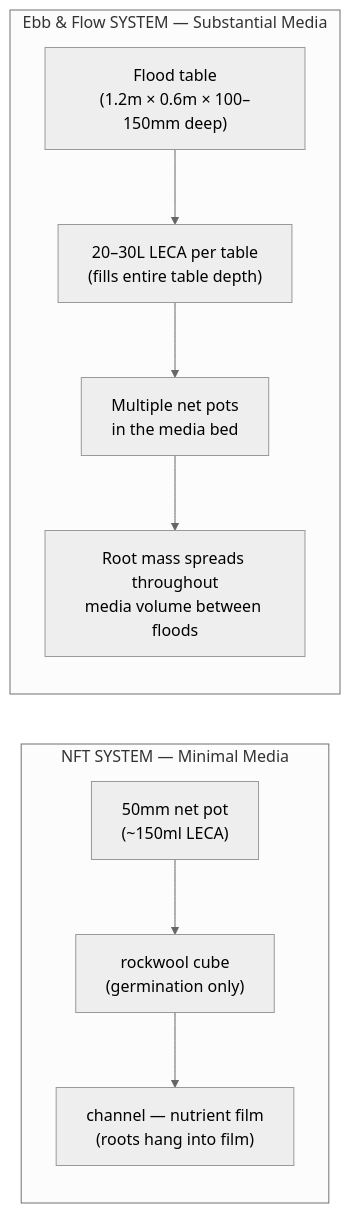
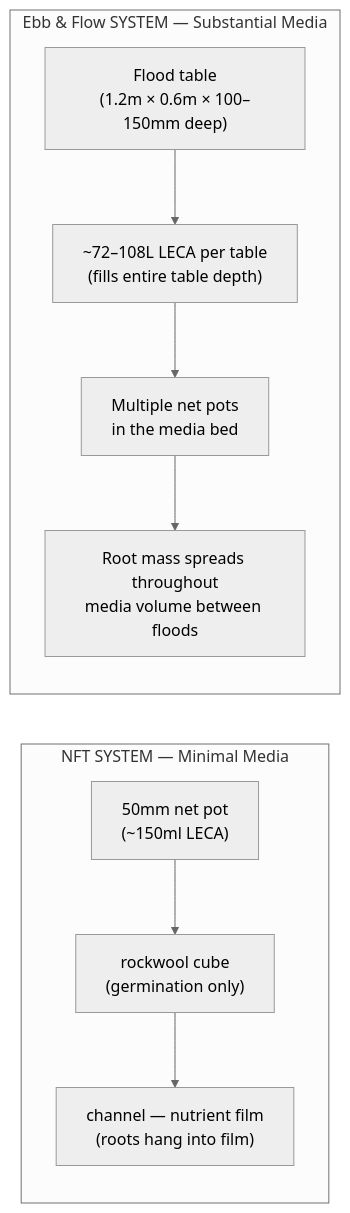
Before and after one commit to UncleJS/guide_hydroponics: the first of 2 diagrams in guide/ebb-and-flow/05-growing-media.md, drawn with Mermaid (neutral theme). The commit also changed other lines of this file and 22 other files, not shown here.

````diff
--- a/guide/ebb-and-flow/05-growing-media.md
+++ b/guide/ebb-and-flow/05-growing-media.md
@@ -58,17 +58,17 @@
 ```mermaid
 flowchart LR
     subgraph NFT["NFT SYSTEM — Minimal Media"]
         NP["50mm net pot<br/>(~150ml LECA)"]
         RW["rockwool cube<br/>(germination only)"]
         CH["channel — nutrient film<br/>(roots hang into film)"]
         NP --> RW --> CH
     end
 
     subgraph EF["Ebb &amp; Flow SYSTEM — Substantial Media"]
         TABLE["Flood table<br/>(1.2m × 0.6m × 100–150mm deep)"]
-        LECA["20–30L LECA per table<br/>(fills entire table depth)"]
+        LECA["~72–108L LECA per table<br/>(fills entire table depth)"]
         NP2["Multiple net pots<br/>in the media bed"]
         ROOTS["Root mass spreads throughout<br/>media volume between floods"]
         TABLE --> LECA --> NP2 --> ROOTS
     end
 ```
````
